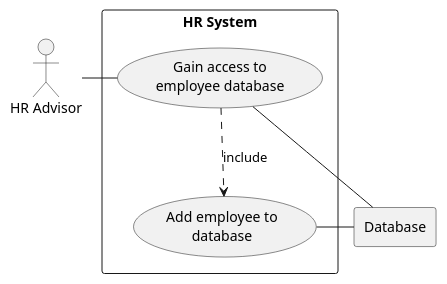
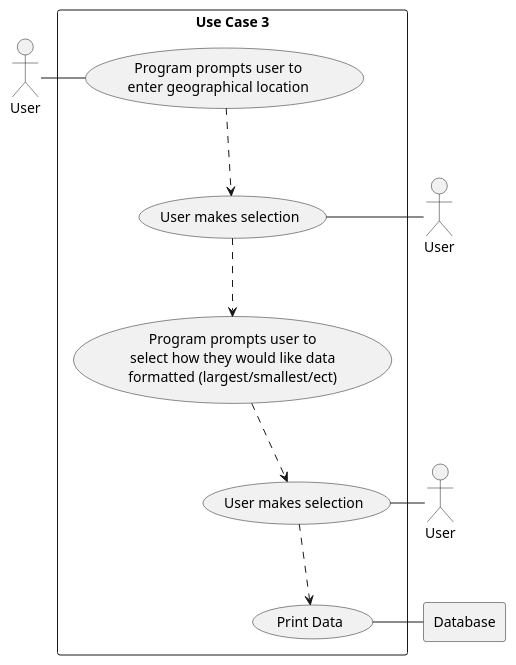
The third of 3 diagrams in use-cases/HR System.puml (ESuth/sem), drawn with PlantUML before and after one commit. The commit also changed other lines of this file, not shown here.

Commit message:
36 added use-case diagrams to cover Use-Case 1/3

```diff
--- a/use-cases/HR System.puml
+++ b/use-cases/HR System.puml
@@ -100,20 +64,34 @@
 @startuml
 
-actor HR as "HR Advisor"
+actor Usr as "User"
+actor Usr1 as "User"
+actor Usr2 as "User"
 
 rectangle Database
 
-Rectangle "HR System" {
-    usecase UC4 as "Gain access to
-    employee database"
+rectangle "Use Case 3" {
+    usecase UC1 as "Program prompts user to
+    enter geographical location"
 
-    usecase UCa as "Add employee to
-    database"
+    usecase UC1a as "User makes selection"
 
-    HR - UC4
-    UC4 ..> UCa : include
-    UC4 - Database
-    UCa - Database
-}
+    usecase UC1b as "Program prompts user to
+    select how they would like data
+    formatted (largest/smallest/ect)"
 
-@enduml
+    usecase UC1c as "User makes selection"
+
+    usecase UC1d as "Print Data"
+
+        Usr - UC1
+        Usr1 - UC1a
+        Usr2 - UC1c
+        UC1d - Database
+
+        UC1 ..> UC1a
+        UC1a ..> UC1b
+        UC1b ..> UC1c
+        UC1c ..> UC1d
+    }
+
+    @enduml
```
